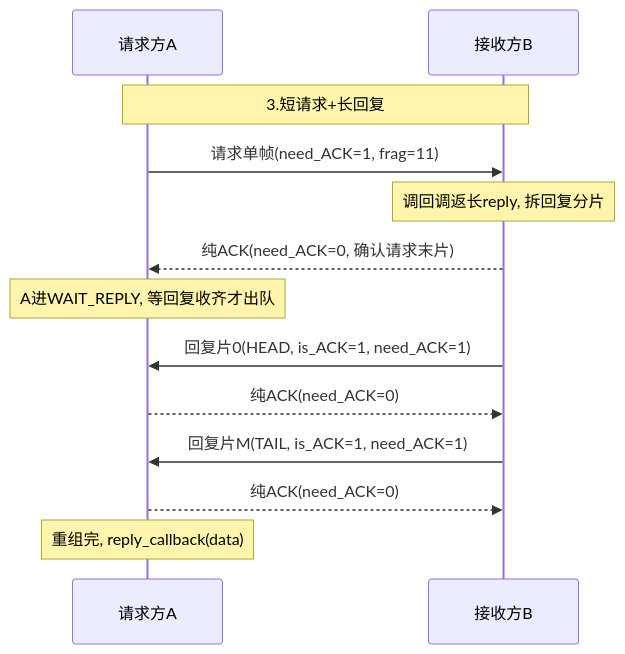
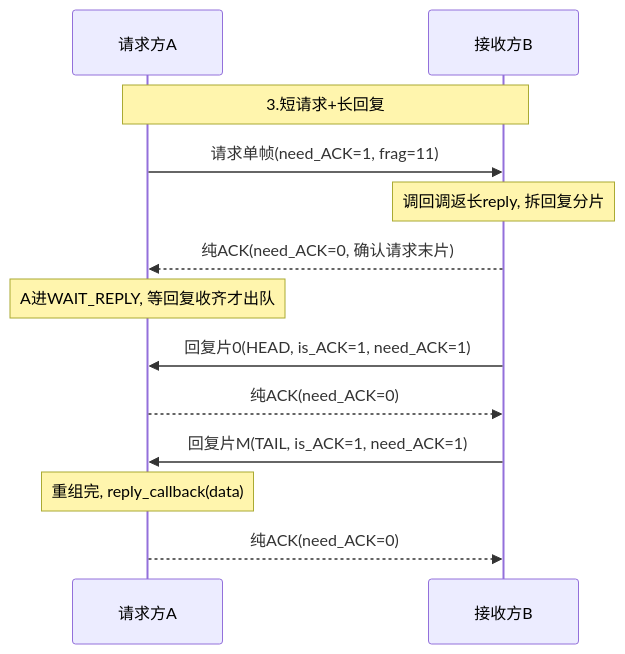
The third of 13 diagrams in 工作/项目/代码/260401S3分拣面板-SIA-R9000P.md (Siaiai/ObsidianNote), drawn with Mermaid before and after one commit. The commit also changed other lines of this file and 1 other file, not shown here.

````diff
--- a/工作/项目/代码/260401S3分拣面板-SIA-R9000P.md
+++ b/工作/项目/代码/260401S3分拣面板-SIA-R9000P.md
@@ -95,15 +95,15 @@
 ```mermaid
 sequenceDiagram
     participant A as 请求方A
     participant B as 接收方B
     Note over A,B: 3.短请求+长回复
     A->>B: 请求单帧(need_ACK=1, frag=11)
     Note over B: 调回调返长reply, 拆回复分片
     B-->>A: 纯ACK(need_ACK=0, 确认请求末片)
     Note over A: A进WAIT_REPLY, 等回复收齐才出队
     B->>A: 回复片0(HEAD, is_ACK=1, need_ACK=1)
     A-->>B: 纯ACK(need_ACK=0)
     B->>A: 回复片M(TAIL, is_ACK=1, need_ACK=1)
+    Note over A: 重组完, reply_callback(data)
     A-->>B: 纯ACK(need_ACK=0)
-    Note over A: 重组完, reply_callback(data)
 ```
````
